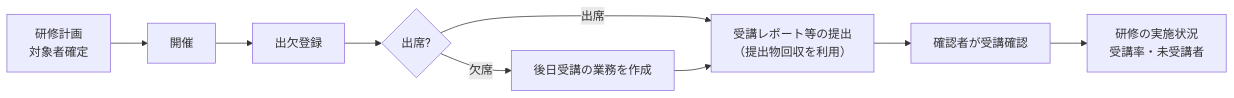
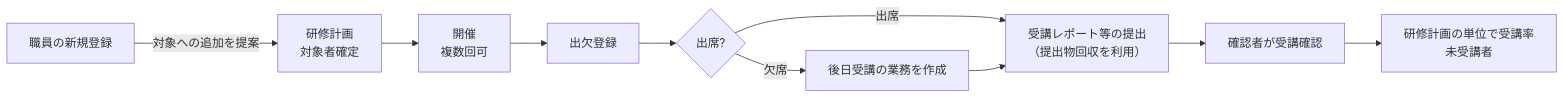
One commit to mao726/company changed the sixth of 11 diagrams in ai-facility-partner/docs/product/user-flows.md. Above: the diagram before and after it, drawn with Mermaid. The commit also changed other lines of this file and 22 other files, not shown here.

````diff
--- a/ai-facility-partner/docs/product/user-flows.md
+++ b/ai-facility-partner/docs/product/user-flows.md
@@ -91,11 +101,12 @@
 ```mermaid
 flowchart LR
-  A[研修計画<br/>対象者確定] --> B[開催]
+  A[研修計画<br/>対象者確定] --> B[開催<br/>複数回可]
+  N[職員の新規登録] -->|対象への追加を提案| A
   B --> C[出欠登録]
   C --> D{出席?}
   D -- 出席 --> E[受講レポート等の提出<br/>（提出物回収を利用）]
   D -- 欠席 --> F[後日受講の業務を作成]
   F --> E
   E --> G[確認者が受講確認]
-  G --> H[研修の実施状況<br/>受講率・未受講者]
+  G --> H[研修計画の単位で受講率<br/>未受講者]
 ```
````
